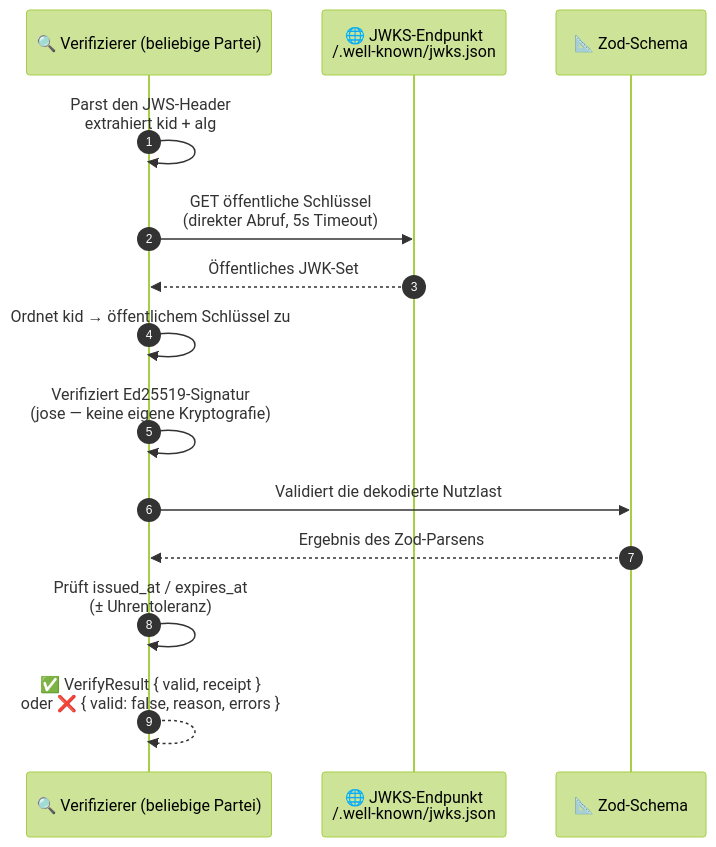
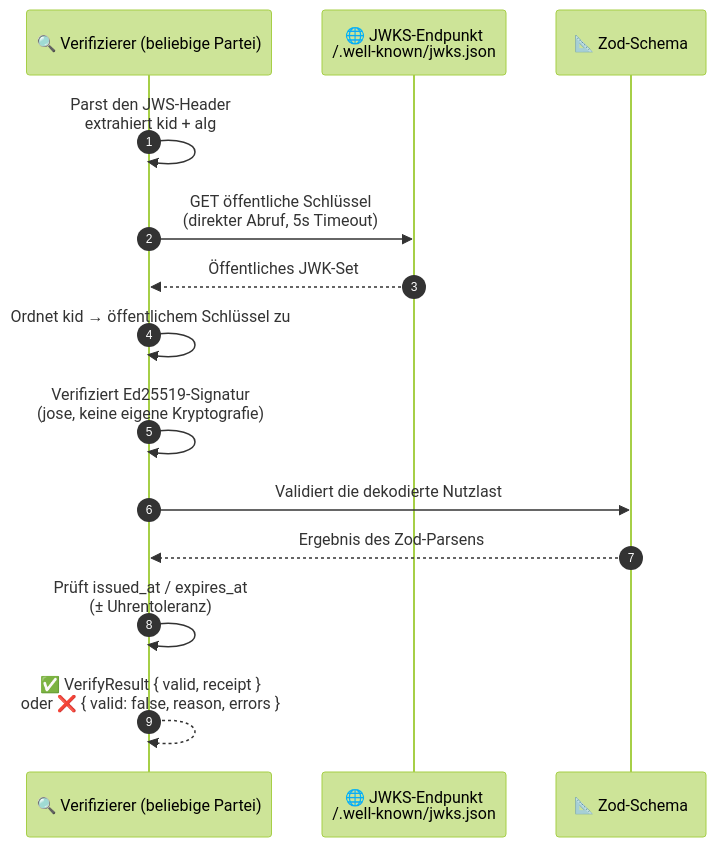
Before and after one commit to Trusteedxyz/Trust-Receipt-Verifier: the second of 3 diagrams in README.de.md, drawn with Mermaid (forest theme). The commit also changed other lines of this file and 16 other files, not shown here.

````diff
--- a/README.de.md
+++ b/README.de.md
@@ -126,17 +124,17 @@
 ```mermaid
 sequenceDiagram
     autonumber
     participant Verifier as 🔍 Verifizierer (beliebige Partei)
     participant JWKS as 🌐 JWKS-Endpunkt<br/>/.well-known/jwks.json
     participant Schema as 📐 Zod-Schema
 
     Verifier->>Verifier: Parst den JWS-Header<br/>extrahiert kid + alg
     Verifier->>JWKS: GET öffentliche Schlüssel<br/>(direkter Abruf, 5s Timeout)
     JWKS-->>Verifier: Öffentliches JWK-Set
     Verifier->>Verifier: Ordnet kid → öffentlichem Schlüssel zu
-    Verifier->>Verifier: Verifiziert Ed25519-Signatur<br/>(jose — keine eigene Kryptografie)
+    Verifier->>Verifier: Verifiziert Ed25519-Signatur<br/>(jose, keine eigene Kryptografie)
     Verifier->>Schema: Validiert die dekodierte Nutzlast
     Schema-->>Verifier: Ergebnis des Zod-Parsens
     Verifier->>Verifier: Prüft issued_at / expires_at<br/>(± Uhrentoleranz)
     Verifier-->>Verifier: ✅ VerifyResult { valid, receipt }<br/>oder ❌ { valid: false, reason, errors }
 ```
````
